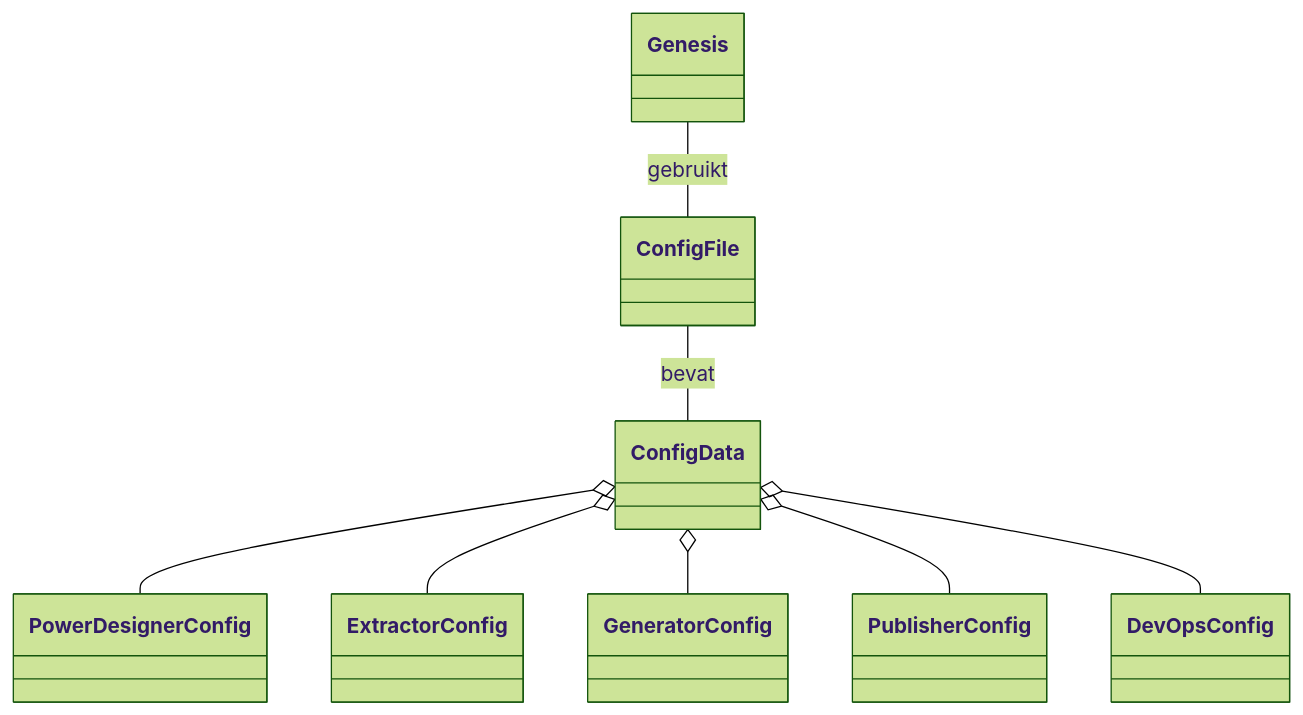
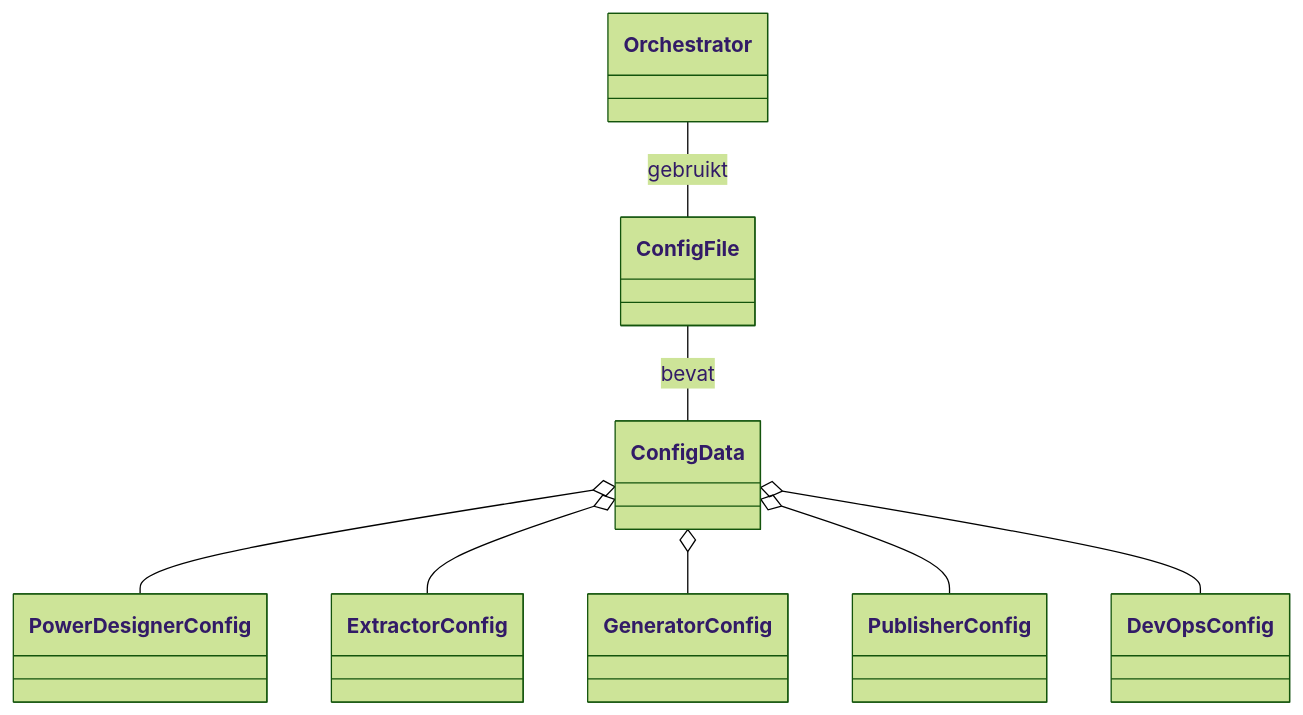
One commit to mark-me/mapping-dependencies changed the third of 4 diagrams in genesis/README.md. Above: the diagram before and after it, drawn with Mermaid (forest theme). The commit also changed other lines of this file and 3 other files, not shown here.

````diff
--- a/genesis/README.md
+++ b/genesis/README.md
@@ -46,10 +66,10 @@
 ```mermaid
 classDiagram
-    Genesis -- ConfigFile : gebruikt
+    Orchestrator -- ConfigFile : gebruikt
     ConfigFile -- ConfigData : bevat
     ConfigData o-- PowerDesignerConfig
     ConfigData o-- ExtractorConfig
     ConfigData o-- GeneratorConfig
     ConfigData o-- PublisherConfig
     ConfigData o-- DevOpsConfig
 ```
````
